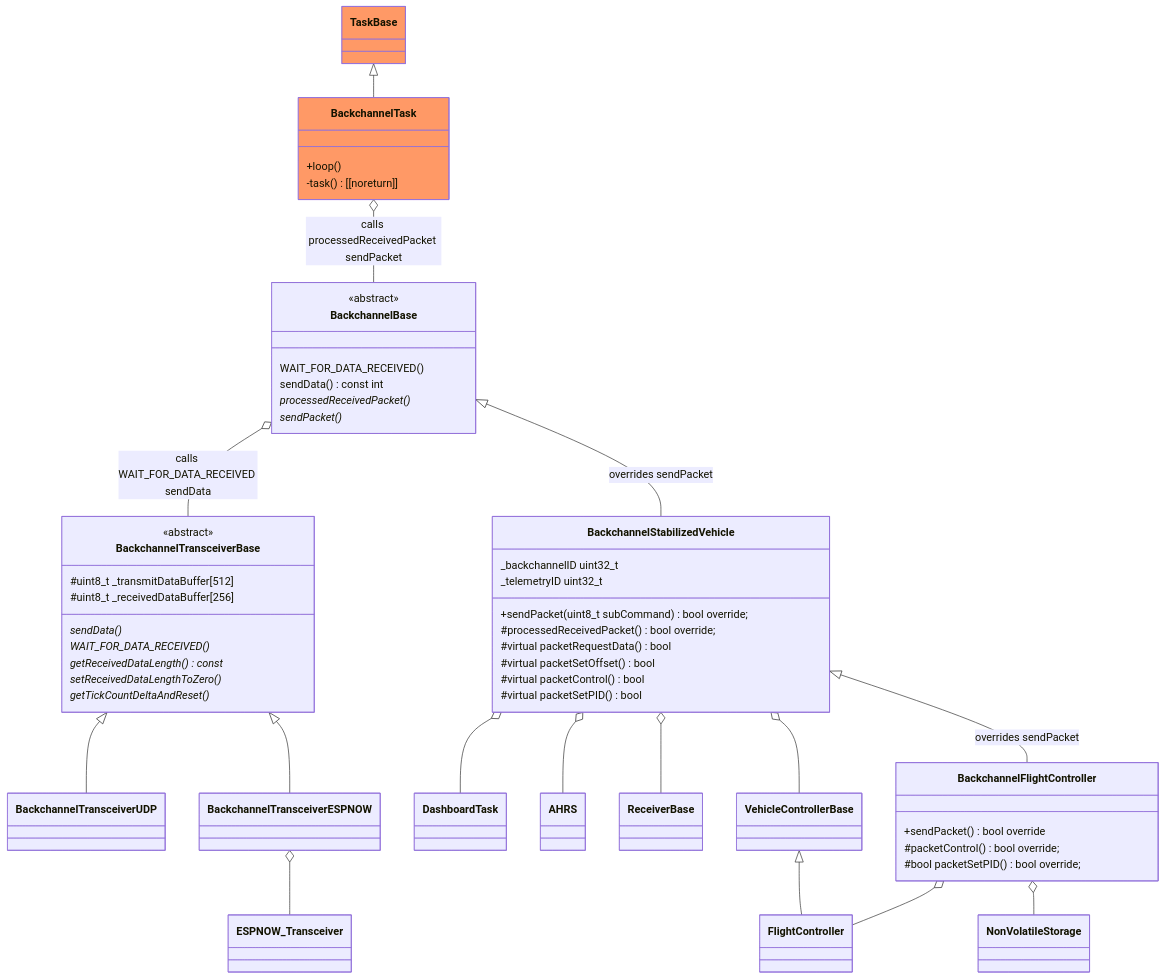
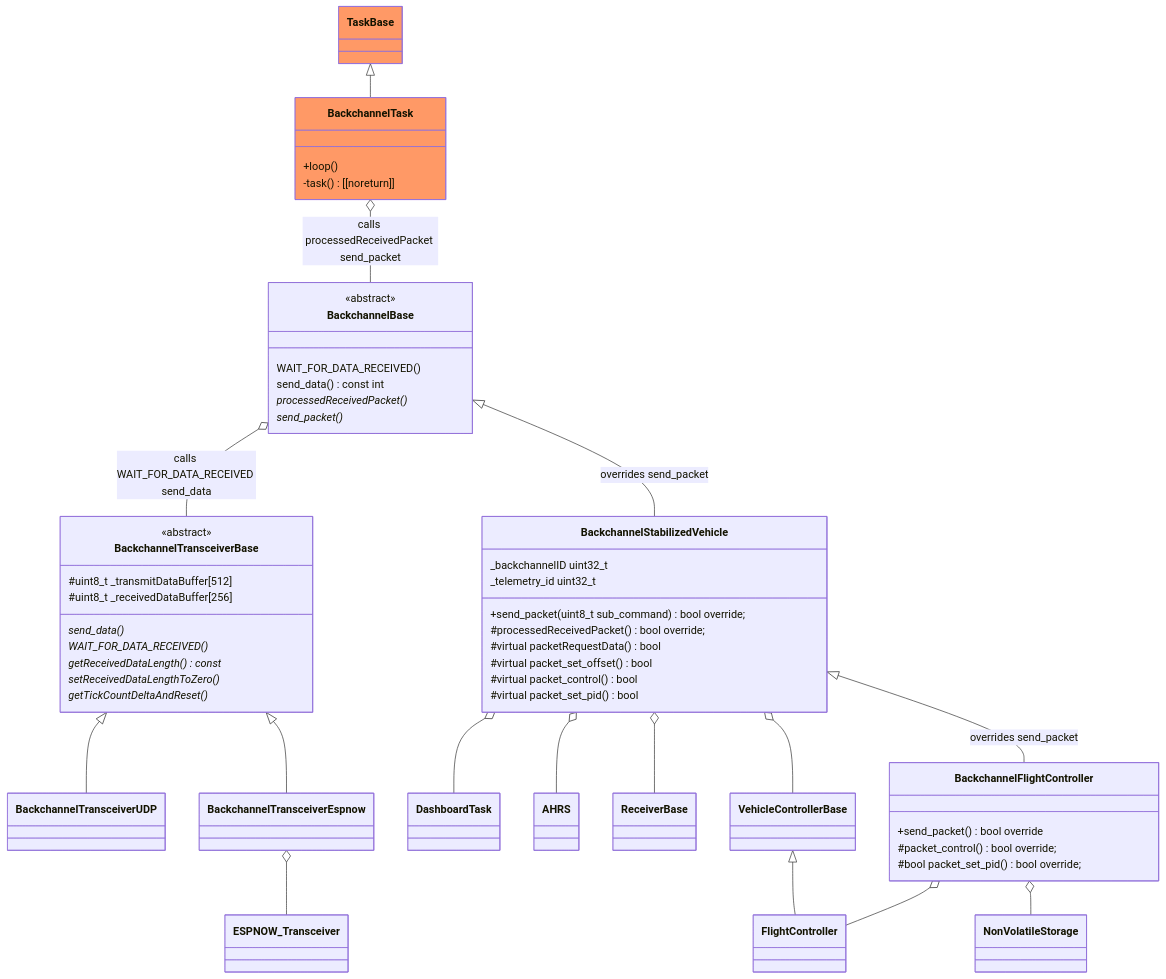
The fourth of 5 diagrams in README.md (martinbudden/Protoflight), drawn with Mermaid before and after one commit. The commit also changed other lines of this file and 124 other files, not shown here.

````diff
--- a/README.md
+++ b/README.md
@@ -943,66 +718,66 @@
 ```mermaid
 classDiagram
     class BackchannelTransceiverBase {
         <<abstract>>
-        sendData() *
+        send_data() *
         WAIT_FOR_DATA_RECEIVED() *
         getReceivedDataLength() const *
         setReceivedDataLengthToZero() *
         getTickCountDeltaAndReset() *
         #uint8_t _transmitDataBuffer[512]
         #uint8_t _receivedDataBuffer[256]
     }
 
     class BackchannelBase {
         <<abstract>>
         WAIT_FOR_DATA_RECEIVED()
-        sendData() const int
+        send_data() const int
         processedReceivedPacket() *
-        sendPacket() *
+        send_packet() *
     }
-    BackchannelBase o-- BackchannelTransceiverBase : calls WAIT_FOR_DATA_RECEIVED sendData
+    BackchannelBase o-- BackchannelTransceiverBase : calls WAIT_FOR_DATA_RECEIVED send_data
 
     BackchannelTransceiverBase <|-- BackchannelTransceiverUDP
 
-    BackchannelTransceiverBase <|-- BackchannelTransceiverESPNOW
-    BackchannelTransceiverESPNOW o-- ESPNOW_Transceiver
+    BackchannelTransceiverBase <|-- BackchannelTransceiverEspnow
+    BackchannelTransceiverEspnow o-- ESPNOW_Transceiver
 
-    BackchannelBase <|-- BackchannelStabilizedVehicle : overrides sendPacket
+    BackchannelBase <|-- BackchannelStabilizedVehicle : overrides send_packet
     class BackchannelStabilizedVehicle {
         _backchannelID uint32_t
-        _telemetryID uint32_t
-        +sendPacket(uint8_t subCommand) bool override;
+        _telemetry_id uint32_t
+        +send_packet(uint8_t sub_command) bool override;
         #processedReceivedPacket() bool override;
         #virtual packetRequestData() bool
-        #virtual packetSetOffset() bool
-        #virtual packetControl() bool
-        #virtual packetSetPID() bool
+        #virtual packet_set_offset() bool
+        #virtual packet_control() bool
+        #virtual packet_set_pid() bool
     }
     BackchannelStabilizedVehicle o-- DashboardTask
     BackchannelStabilizedVehicle o-- AHRS
     BackchannelStabilizedVehicle o-- ReceiverBase
     BackchannelStabilizedVehicle o-- VehicleControllerBase
 
-    BackchannelStabilizedVehicle <|--BackchannelFlightController : overrides sendPacket
+    BackchannelStabilizedVehicle <|--BackchannelFlightController : overrides send_packet
     class BackchannelFlightController {
-        +sendPacket() bool override
-        #packetControl() bool override;
-        #bool packetSetPID() bool override;
+        +send_packet() bool override
+        #packet_control() bool override;
+        #bool packet_set_pid() bool override;
     }
     VehicleControllerBase <|-- FlightController
     BackchannelFlightController o-- FlightController
     BackchannelFlightController o-- NonVolatileStorage
 
 
     class TaskBase:::taskClass {
     }
-    link TaskBase "https://github.com/martinbudden/Library-TaskBase/blob/main/src/TaskBase.h"
+    link TaskBase "https://github.com/martinbudden/Library-TaskBase/blob/main/src/task_base.h"
     TaskBase <|-- BackchannelTask
     class BackchannelTask:::taskClass {
         +loop()
         -task() [[noreturn]]
     }
-    BackchannelTask o-- BackchannelBase : calls processedReceivedPacket sendPacket
+    BackchannelTask o-- BackchannelBase : calls processedReceivedPacket send_packet
 
     classDef taskClass fill:#f96
 ```
````
